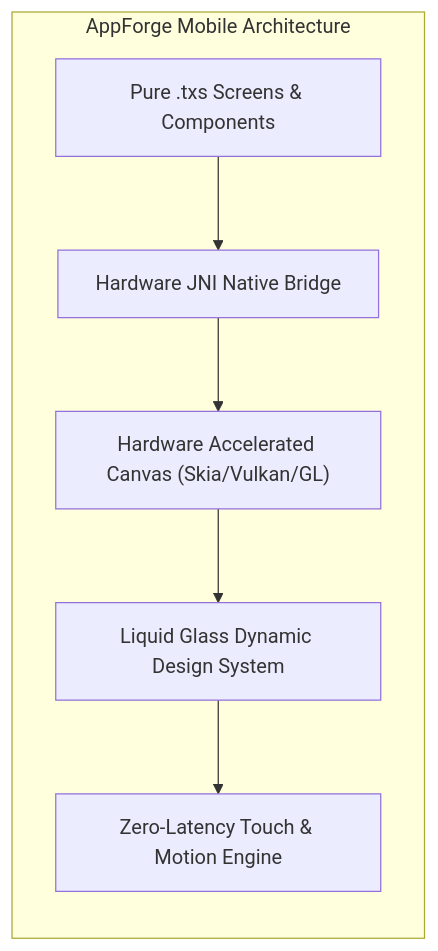
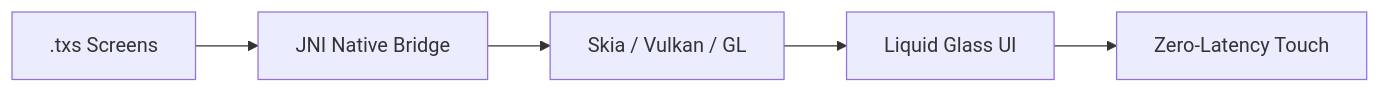
The third of 5 diagrams in README.md (Tcode-Motion/techscript), drawn with Mermaid before and after one commit. The commit also changed other lines of this file and 3 other files, not shown here.

````diff
--- a/README.md
+++ b/README.md
@@ -295,9 +305,7 @@
 ```mermaid
-graph LR
-    subgraph AppForge_Engine["AppForge Mobile Architecture"]
-        TXS["Pure .txs Screens & Components"] --> BRIDGE["Hardware JNI Native Bridge"]
-        BRIDGE --> RENDER["Hardware Accelerated Canvas (Skia/Vulkan/GL)"]
-        RENDER --> GLASS["Liquid Glass Dynamic Design System"]
-        GLASS --> TOUCH["Zero-Latency Touch & Motion Engine"]
-    end
+flowchart LR
+    TXS[".txs Screens"] --> BRIDGE["JNI Native Bridge"]
+    BRIDGE --> RENDER["Skia / Vulkan / GL"]
+    RENDER --> GLASS["Liquid Glass UI"]
+    GLASS --> TOUCH["Zero-Latency Touch"]
 ```
````
